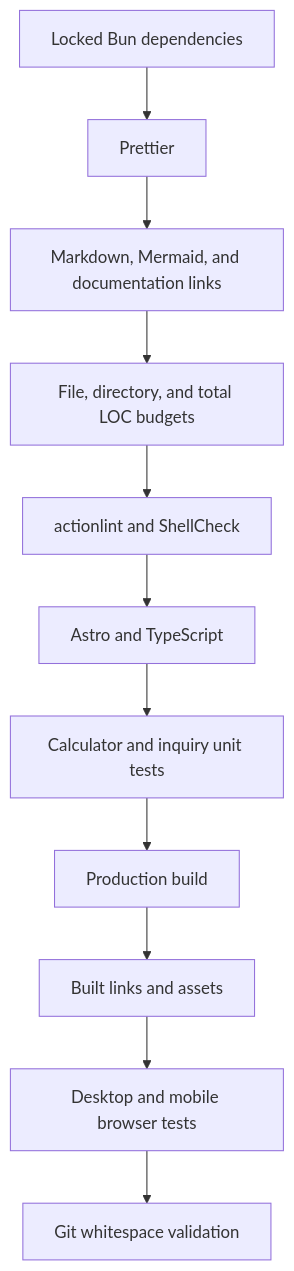
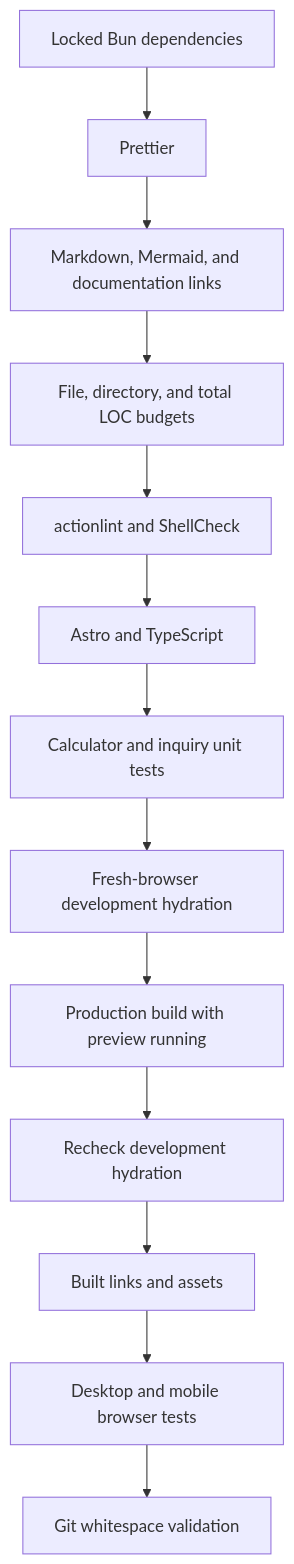
One commit to smeltery/jeabizdev.com changed the diagram in docs/development/quality.md. Above: the diagram before and after it, drawn with Mermaid. The commit also changed other lines of this file and 6 other files, not shown here.

````diff
--- a/docs/development/quality.md
+++ b/docs/development/quality.md
@@ -6,13 +6,15 @@
 ```mermaid
 flowchart TD
   Start[Locked Bun dependencies] --> Format[Prettier]
   Format --> Docs[Markdown, Mermaid, and documentation links]
   Docs --> Budget[File, directory, and total LOC budgets]
   Budget --> Workflow[actionlint and ShellCheck]
   Workflow --> Types[Astro and TypeScript]
   Types --> Unit[Calculator and inquiry unit tests]
-  Unit --> Build[Production build]
-  Build --> Links[Built links and assets]
+  Unit --> Dev[Fresh-browser development hydration]
+  Dev --> Build[Production build with preview running]
+  Build --> Reload[Recheck development hydration]
+  Reload --> Links[Built links and assets]
   Links --> Browser[Desktop and mobile browser tests]
   Browser --> Whitespace[Git whitespace validation]
 ```
````
